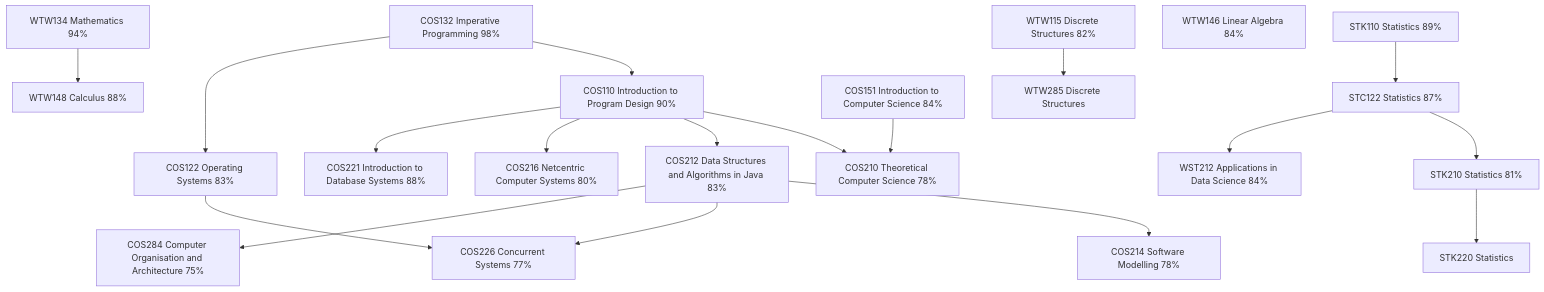
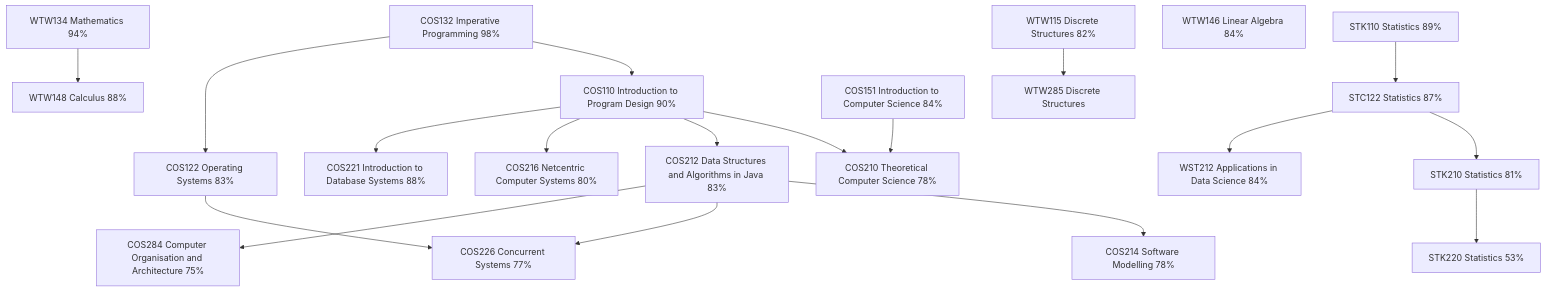
One commit to FJNel/FJNel changed the diagram in README.md. Above: the diagram before and after it, drawn with Mermaid.

Commit message:
Update STK220 Statistics grade

````diff
--- a/README.md
+++ b/README.md
@@ -11,29 +11,29 @@
 ```mermaid
 graph TD
     COS132["COS132 Imperative Programming 98%"] --> COS110["COS110 Introduction to Program Design 90%"]
     COS132 --> COS122["COS122 Operating Systems 83%"]
     STK110["STK110 Statistics 89%"] --> STC122["STC122 Statistics 87%"]
     WTW134["WTW134 Mathematics 94%"] --> WTW148["WTW148 Calculus 88%"]
     WTW146["WTW146 Linear Algebra 84%"]
     WTW115["WTW115 Discrete Structures 82%"]
     COS151["COS151 Introduction to Computer Science 84%"] --> COS210["COS210 Theoretical Computer Science 78%"]
     COS110 --> COS210
     COS110 --> COS212["COS212 Data Structures and Algorithms in Java 83%"]
     COS110 --> COS216["COS216 Netcentric Computer Systems 80%"]
     COS110 --> COS221["COS221 Introduction to Database Systems 88%"]
     STC122 --> STK210["STK210 Statistics 81%"]
     STC122 --> WST212["WST212 Applications in Data Science 84%"]
 
     COS214["COS214 Software Modelling 78%"]
     COS226["COS226 Concurrent Systems 77%"]
     COS284["COS284 Computer Organisation and Architecture 75%"]
-    STK220["STK220 Statistics"]
+    STK220["STK220 Statistics 53%"]
     WTW285["WTW285 Discrete Structures"]
 
     COS212 --> COS214
     COS122 --> COS226
     COS212 --> COS226
     COS212 --> COS284
     WTW115 --> WTW285
     STK210 --> STK220
 ```
````
